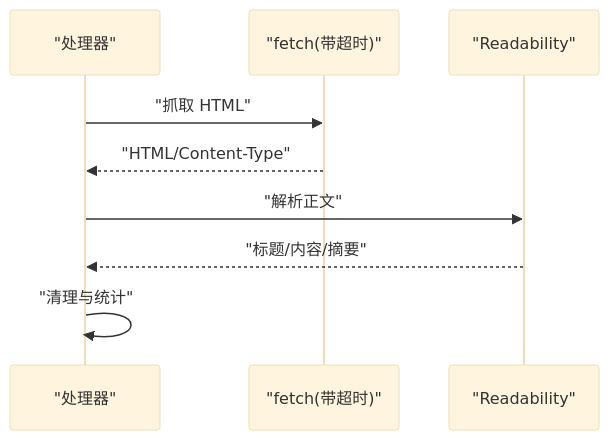
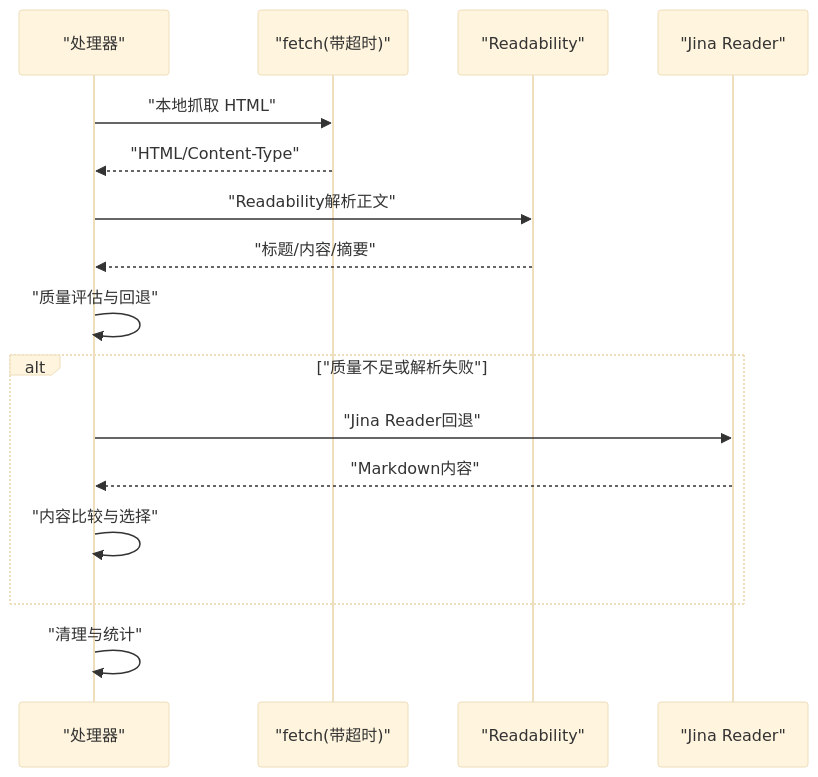
One commit to lbl-bm/notebookLM-clone changed the seventh of 8 diagrams in .qoder/repowiki/zh/content/项目概述/核心功能/Sources 知识源导入系统/文本处理与解析.md. Above: the diagram before and after it, drawn with Mermaid (base theme). The commit also changed other lines of this file and 13 other files, not shown here.

````diff
--- a/.qoder/repowiki/zh/content/项目概述/核心功能/Sources 知识源导入系统/文本处理与解析.md
+++ b/.qoder/repowiki/zh/content/项目概述/核心功能/Sources 知识源导入系统/文本处理与解析.md
@@ -287,11 +352,18 @@
 ```mermaid
 sequenceDiagram
 participant Proc as "处理器"
 participant Fetch as "fetch(带超时)"
 participant Read as "Readability"
-Proc->>Fetch : "抓取 HTML"
+participant Jina as "Jina Reader"
+Proc->>Fetch : "本地抓取 HTML"
 Fetch-->>Proc : "HTML/Content-Type"
-Proc->>Read : "解析正文"
+Proc->>Read : "Readability解析正文"
 Read-->>Proc : "标题/内容/摘要"
+Proc->>Proc : "质量评估与回退"
+alt "质量不足或解析失败"
+Proc->>Jina : "Jina Reader回退"
+Jina-->>Proc : "Markdown内容"
+Proc->>Proc : "内容比较与选择"
+end
 Proc->>Proc : "清理与统计"
 ```
````
